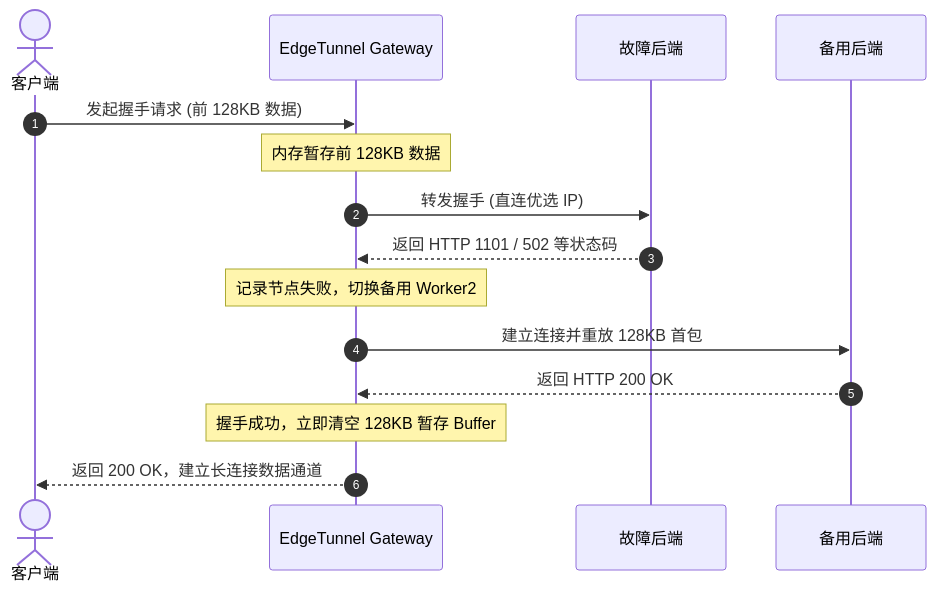
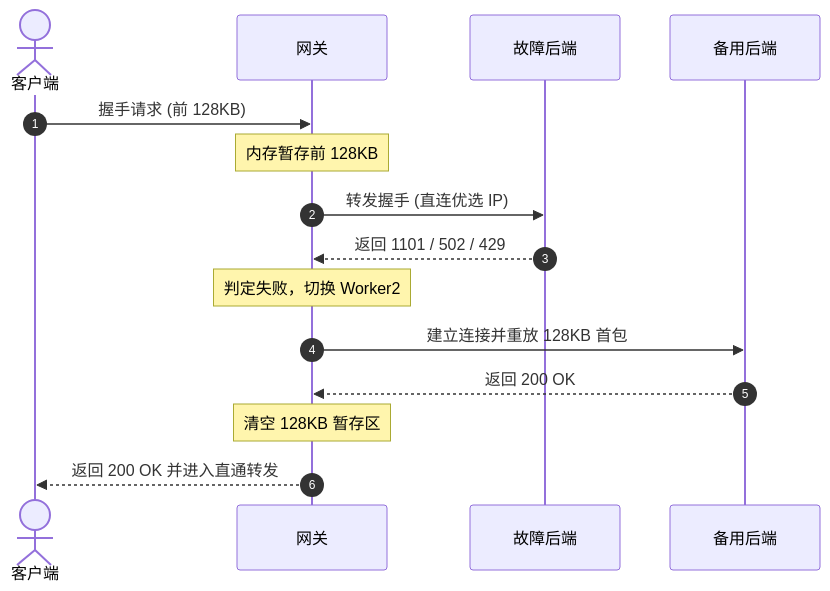
Before and after one commit to aihddelyy/edgetunnel-gateway: the diagram in docs/wiki/02-核心架构与工作原理-Architecture-&-Mechanisms.md, drawn with Mermaid. The commit also changed other lines of this file and 9 other files, not shown here.

````diff
--- a/docs/wiki/02-核心架构与工作原理-Architecture-&-Mechanisms.md
+++ b/docs/wiki/02-核心架构与工作原理-Architecture-&-Mechanisms.md
@@ -53,18 +33,18 @@
 ```mermaid
 sequenceDiagram
     autonumber
     actor Client as 客户端
-    participant GW as EdgeTunnel Gateway
+    participant GW as 网关
     participant Worker1 as 故障后端
     participant Worker2 as 备用后端
 
-    Client->>GW: 发起握手请求 (前 128KB 数据)
-    Note over GW: 内存暂存前 128KB 数据
+    Client->>GW: 握手请求 (前 128KB)
+    Note over GW: 内存暂存前 128KB
     GW->>Worker1: 转发握手 (直连优选 IP)
-    Worker1-->>GW: 返回 HTTP 1101 / 502 等状态码
-    Note over GW: 记录节点失败，切换备用 Worker2
+    Worker1-->>GW: 返回 1101 / 502 / 429
+    Note over GW: 判定失败，切换 Worker2
     GW->>Worker2: 建立连接并重放 128KB 首包
-    Worker2-->>GW: 返回 HTTP 200 OK
-    Note over GW: 握手成功，立即清空 128KB 暂存 Buffer
-    GW-->>Client: 返回 200 OK，建立长连接数据通道
+    Worker2-->>GW: 返回 200 OK
+    Note over GW: 清空 128KB 暂存区
+    GW-->>Client: 返回 200 OK 并进入直通转发
 ```
````
